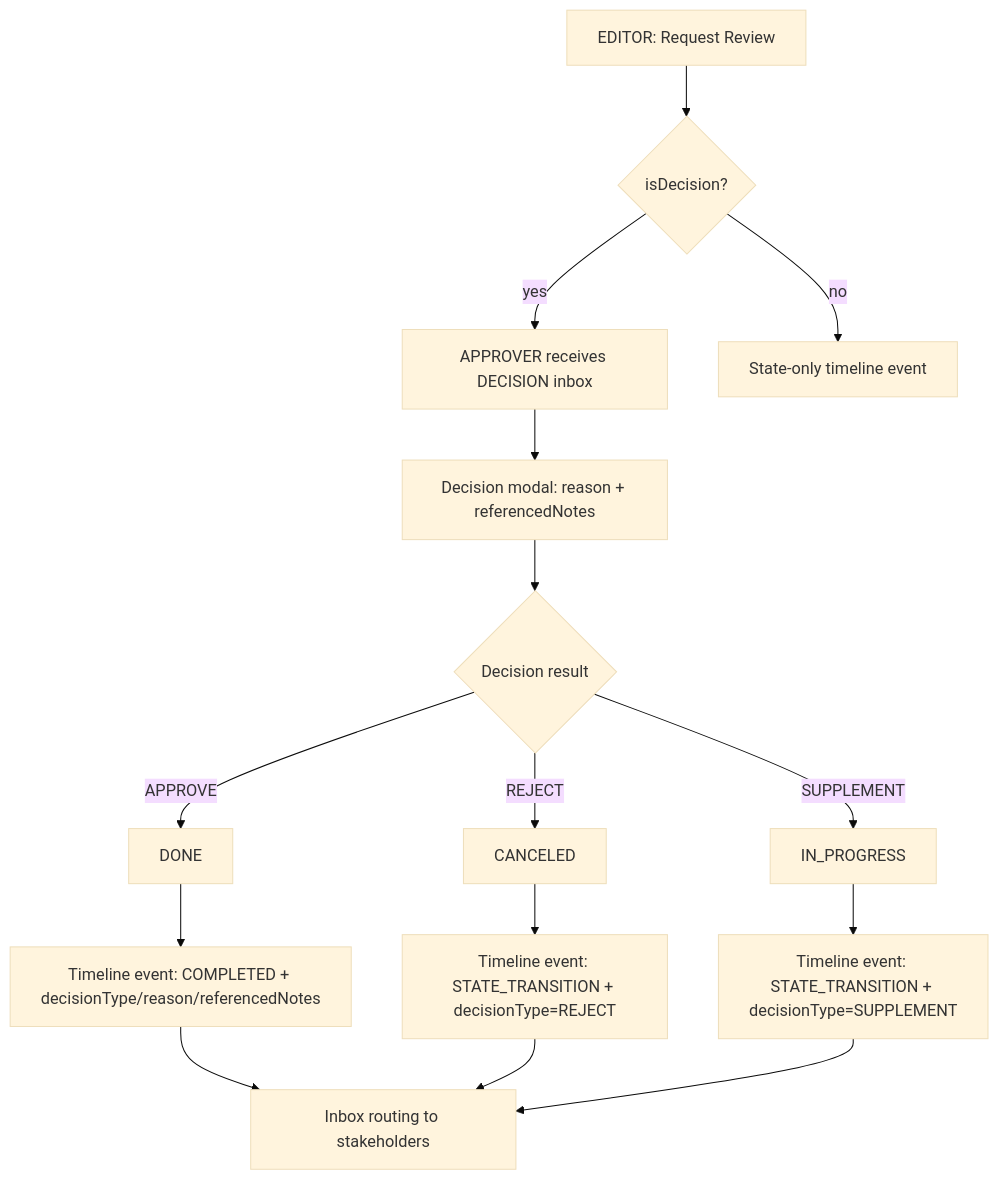
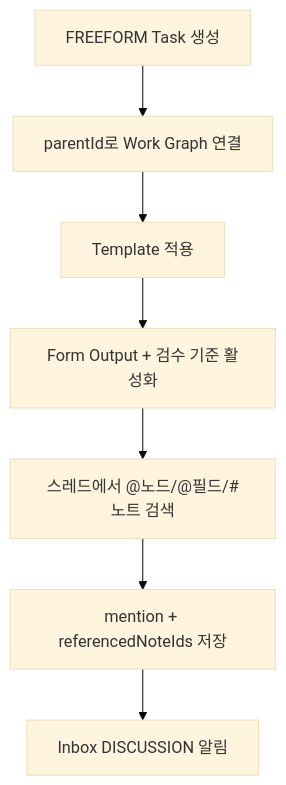
Before and after one commit to claire-yunsumin/test: the second of 6 diagrams in docs/ACTION_FLOWS.md, drawn with Mermaid (base theme). The commit also changed other lines of this file and 18 other files, not shown here.

````diff
--- a/docs/ACTION_FLOWS.md
+++ b/docs/ACTION_FLOWS.md
@@ -23,17 +20,9 @@
 ```mermaid
 flowchart TD
-  A[EDITOR: Request Review] --> B{isDecision?}
-  B -- yes --> C[APPROVER receives DECISION inbox]
-  B -- no --> D[State-only timeline event]
-  C --> E[Decision modal: reason + referencedNotes]
-  E --> F{Decision result}
-  F -- APPROVE --> G[DONE]
-  F -- REJECT --> H[CANCELED]
-  F -- SUPPLEMENT --> I[IN_PROGRESS]
-  G --> J[Timeline event: COMPLETED + decisionType/reason/referencedNotes]
-  H --> K[Timeline event: STATE_TRANSITION + decisionType=REJECT]
-  I --> L[Timeline event: STATE_TRANSITION + decisionType=SUPPLEMENT]
-  J --> M[Inbox routing to stakeholders]
-  K --> M
-  L --> M
+  A[FREEFORM Task 생성] --> B[parentId로 Work Graph 연결]
+  B --> C[Template 적용]
+  C --> D[Form Output + 검수 기준 활성화]
+  D --> E[스레드에서 @노드/@필드/#노트 검색]
+  E --> F[mention + referencedNoteIds 저장]
+  F --> G[Inbox DISCUSSION 알림]
 ```
````
